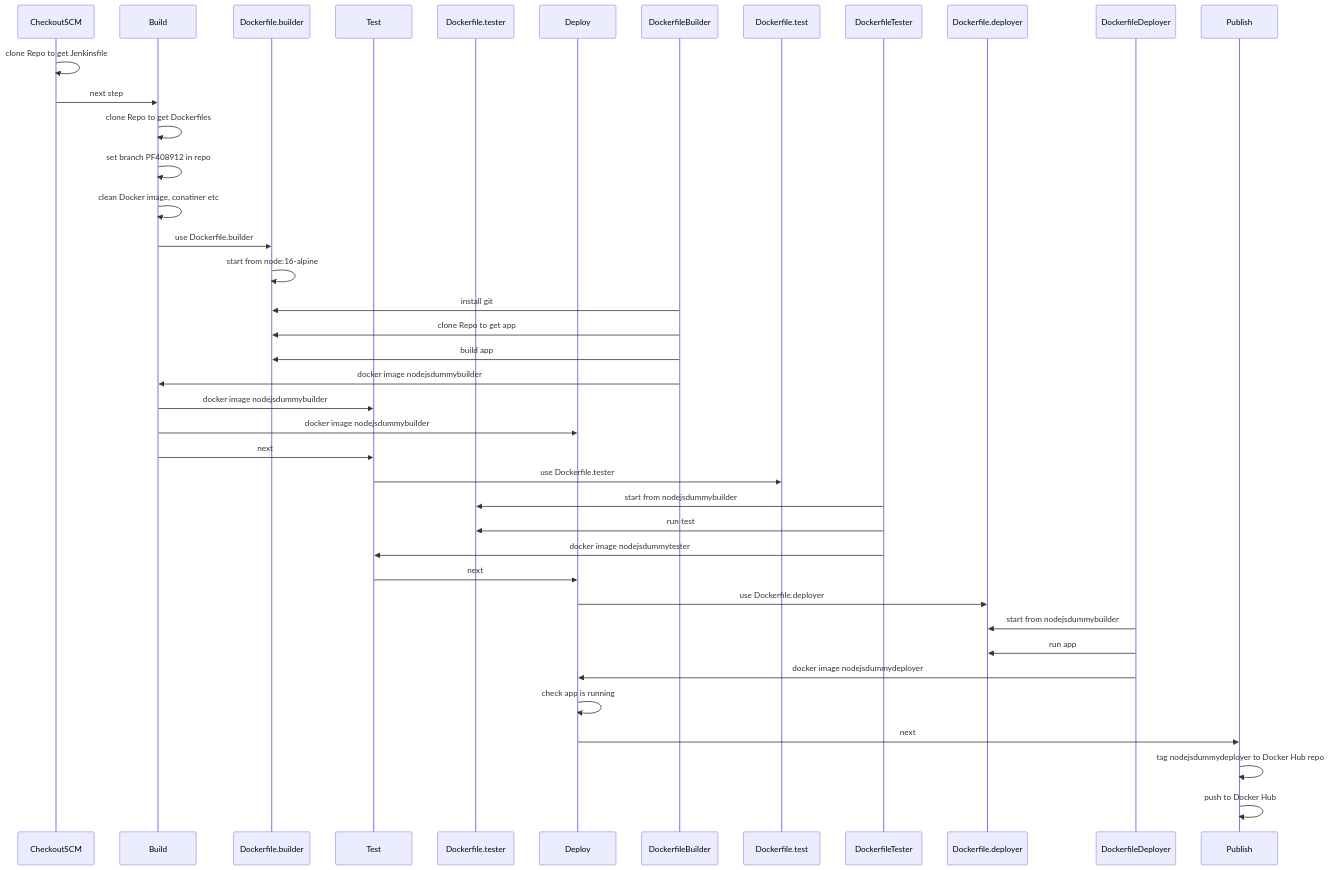
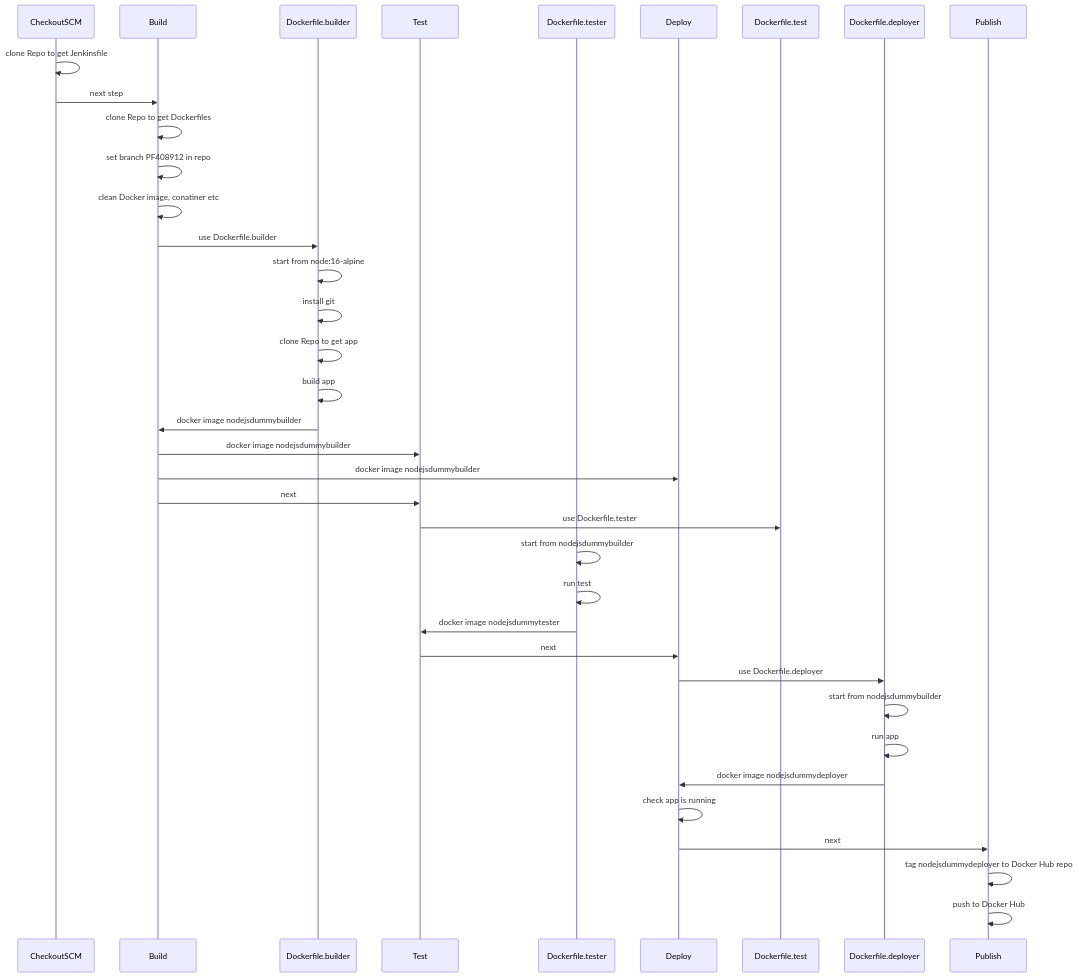
One commit to InzynieriaOprogramowaniaAGH/MDO2024 changed the third of 3 diagrams in GCL1/PF408912/lab4/Sprawozdanie.md. Above: the diagram before and after it, drawn with Mermaid.

Commit message:
check all graph 2

````diff
--- a/GCL1/PF408912/lab4/Sprawozdanie.md
+++ b/GCL1/PF408912/lab4/Sprawozdanie.md
@@ -327,36 +327,36 @@
 ```mermaid
 sequenceDiagram
     participant CheckoutSCM
     participant Build
     participant Dockerfile.builder
     participant Test
     participant Dockerfile.tester
     participant Deploy
     CheckoutSCM ->> CheckoutSCM: clone Repo to get Jenkinsfile
     CheckoutSCM ->> Build: next step
     Build ->> Build: clone Repo to get Dockerfiles
     Build ->> Build: set branch PF408912 in repo
     Build ->> Build: clean Docker image, conatiner etc
     Build ->> Dockerfile.builder: use Dockerfile.builder
     Dockerfile.builder ->> Dockerfile.builder: start from node:16-alpine
-    DockerfileBuilder ->> Dockerfile.builder: install git
-    DockerfileBuilder ->> Dockerfile.builder: clone Repo to get app
-    DockerfileBuilder ->> Dockerfile.builder: build app
-    DockerfileBuilder ->> Build: docker image nodejsdummybuilder
+    Dockerfile.builder ->> Dockerfile.builder: install git
+    Dockerfile.builder ->> Dockerfile.builder: clone Repo to get app
+    Dockerfile.builder ->> Dockerfile.builder: build app
+    Dockerfile.builder ->> Build: docker image nodejsdummybuilder
     Build ->> Test: docker image nodejsdummybuilder
     Build ->> Deploy: docker image nodejsdummybuilder
     Build ->> Test: next 
     Test ->> Dockerfile.test: use Dockerfile.tester
-    DockerfileTester ->> Dockerfile.tester: start from nodejsdummybuilder
-    DockerfileTester ->> Dockerfile.tester: run test
-    DockerfileTester ->> Test: docker image nodejsdummytester
+    Dockerfile.tester ->> Dockerfile.tester: start from nodejsdummybuilder
+    Dockerfile.tester ->> Dockerfile.tester: run test
+    Dockerfile.tester ->> Test: docker image nodejsdummytester
     Test ->> Deploy: next
     Deploy ->> Dockerfile.deployer: use Dockerfile.deployer
-    DockerfileDeployer ->> Dockerfile.deployer: start from nodejsdummybuilder
-    DockerfileDeployer ->> Dockerfile.deployer: run app
-    DockerfileDeployer ->> Deploy: docker image nodejsdummydeployer
+    Dockerfile.deployer ->> Dockerfile.deployer: start from nodejsdummybuilder
+    Dockerfile.deployer ->> Dockerfile.deployer: run app
+    Dockerfile.deployer ->> Deploy: docker image nodejsdummydeployer
     Deploy ->> Deploy: check app is running
     Deploy ->> Publish: next
     Publish ->> Publish: tag nodejsdummydeployer to Docker Hub repo
     Publish ->> Publish: push to Docker Hub
 ```
````
